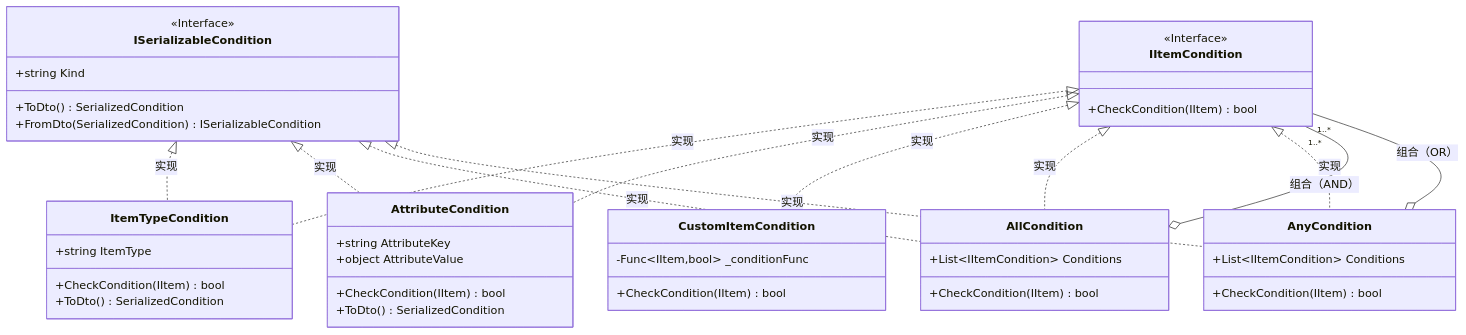
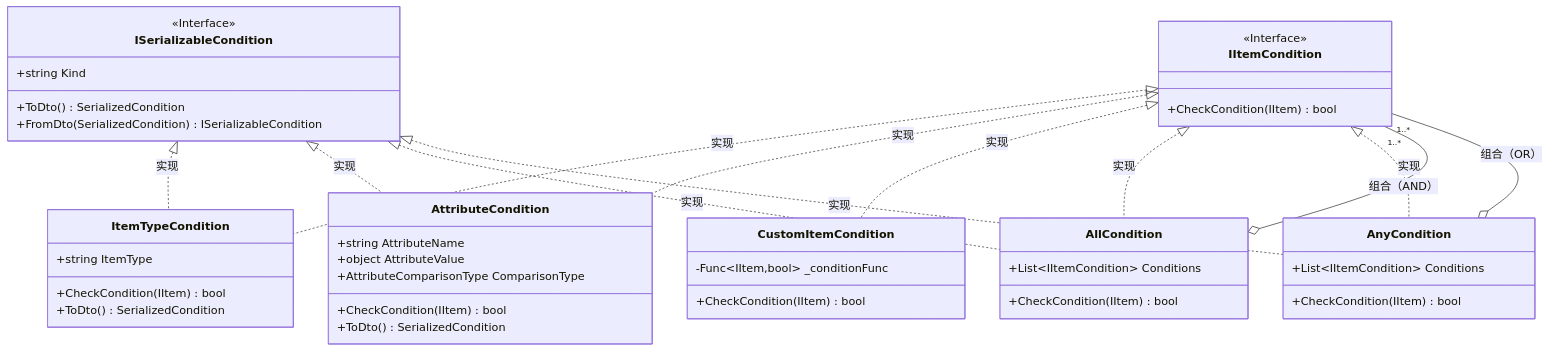
Before and after one commit to CutrelyAlex/UnityEasyPack: the fourth of 14 diagrams in 03_CoreSystems/Inventory/Document/Diagrams.md, drawn with Mermaid. The commit also changed other lines of this file and 8 other files, not shown here.

````diff
--- a/03_CoreSystems/Inventory/Document/Diagrams.md
+++ b/03_CoreSystems/Inventory/Document/Diagrams.md
@@ -336,56 +339,57 @@
 ```mermaid
 classDiagram
     class IItemCondition {
         <<Interface>>
         +CheckCondition(IItem) bool
     }
     
     class ISerializableCondition {
         <<Interface>>
         +string Kind
         +ToDto() SerializedCondition
         +FromDto(SerializedCondition) ISerializableCondition
     }
     
     class ItemTypeCondition {
         +string ItemType
         +CheckCondition(IItem) bool
         +ToDto() SerializedCondition
     }
     
     class AttributeCondition {
-        +string AttributeKey
+        +string AttributeName
         +object AttributeValue
+        +AttributeComparisonType ComparisonType
         +CheckCondition(IItem) bool
         +ToDto() SerializedCondition
     }
     
     class CustomItemCondition {
         -Func~IItem,bool~ _conditionFunc
         +CheckCondition(IItem) bool
     }
     
     class AllCondition {
         +List~IItemCondition~ Conditions
         +CheckCondition(IItem) bool
     }
     
     class AnyCondition {
         +List~IItemCondition~ Conditions
         +CheckCondition(IItem) bool
     }
     
     IItemCondition <|.. ItemTypeCondition : 实现
     IItemCondition <|.. AttributeCondition : 实现
     IItemCondition <|.. CustomItemCondition : 实现
     IItemCondition <|.. AllCondition : 实现
     IItemCondition <|.. AnyCondition : 实现
     
     ISerializableCondition <|.. ItemTypeCondition : 实现
     ISerializableCondition <|.. AttributeCondition : 实现
     ISerializableCondition <|.. AllCondition : 实现
     ISerializableCondition <|.. AnyCondition : 实现
     
     AllCondition o-- "1..*" IItemCondition : 组合（AND）
     AnyCondition o-- "1..*" IItemCondition : 组合（OR）
 ```
````
